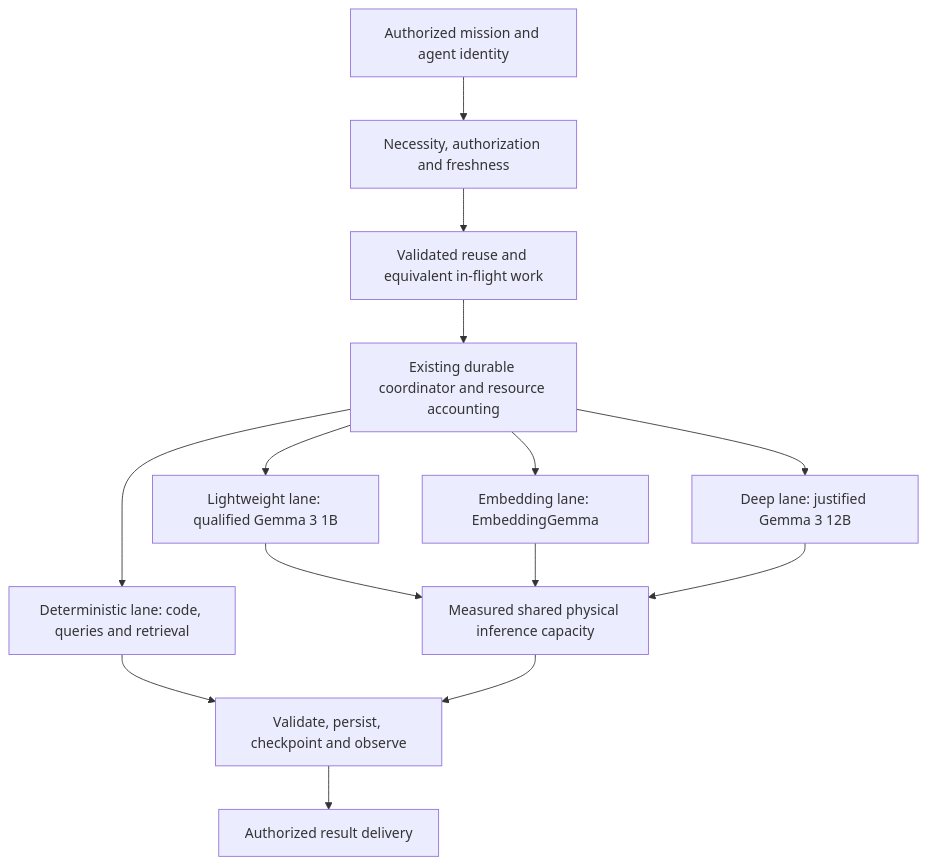
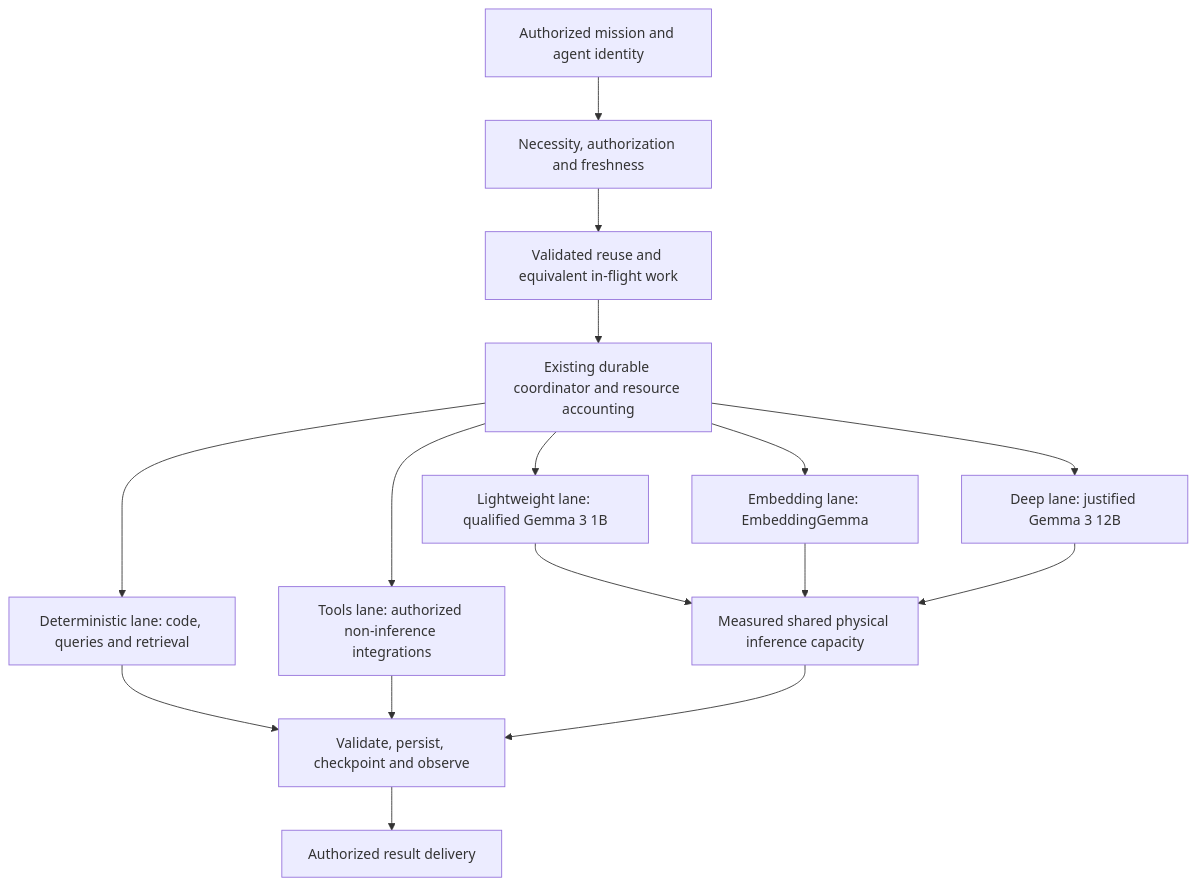
The diagram in docs/MULTI-LANE-EXECUTION-PATHWAY.md (AndrewLamSingapore/orqevia), drawn with Mermaid before and after one commit. The commit also changed other lines of this file and 2 other files, not shown here.

Commit message:
Save unified five-lane coordinator mission for shutdown continuation

````diff
--- a/docs/MULTI-LANE-EXECUTION-PATHWAY.md
+++ b/docs/MULTI-LANE-EXECUTION-PATHWAY.md
@@ -7,16 +7,18 @@
 ```mermaid
 flowchart TD
   Request[Authorized mission and agent identity] --> Need[Necessity, authorization and freshness]
   Need --> Reuse[Validated reuse and equivalent in-flight work]
   Reuse --> Coordinator[Existing durable coordinator and resource accounting]
   Coordinator --> Deterministic[Deterministic lane: code, queries and retrieval]
   Coordinator --> Light[Lightweight lane: qualified Gemma 3 1B]
   Coordinator --> Embed[Embedding lane: EmbeddingGemma]
   Coordinator --> Deep[Deep lane: justified Gemma 3 12B]
+  Coordinator --> Tools[Tools lane: authorized non-inference integrations]
   Light --> Slot[Measured shared physical inference capacity]
   Embed --> Slot
   Deep --> Slot
   Deterministic --> Check[Validate, persist, checkpoint and observe]
+  Tools --> Check
   Slot --> Check
   Check --> Result[Authorized result delivery]
 ```
````
